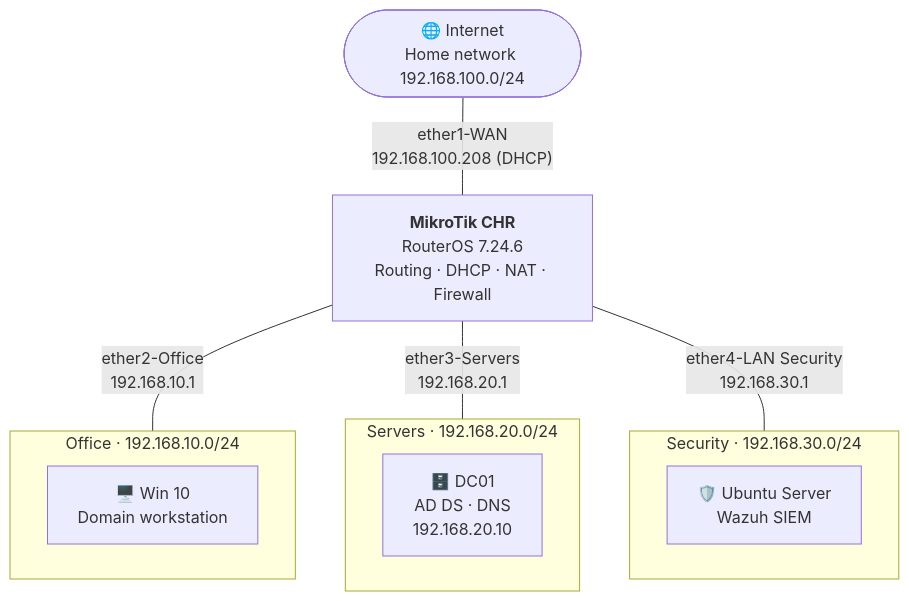
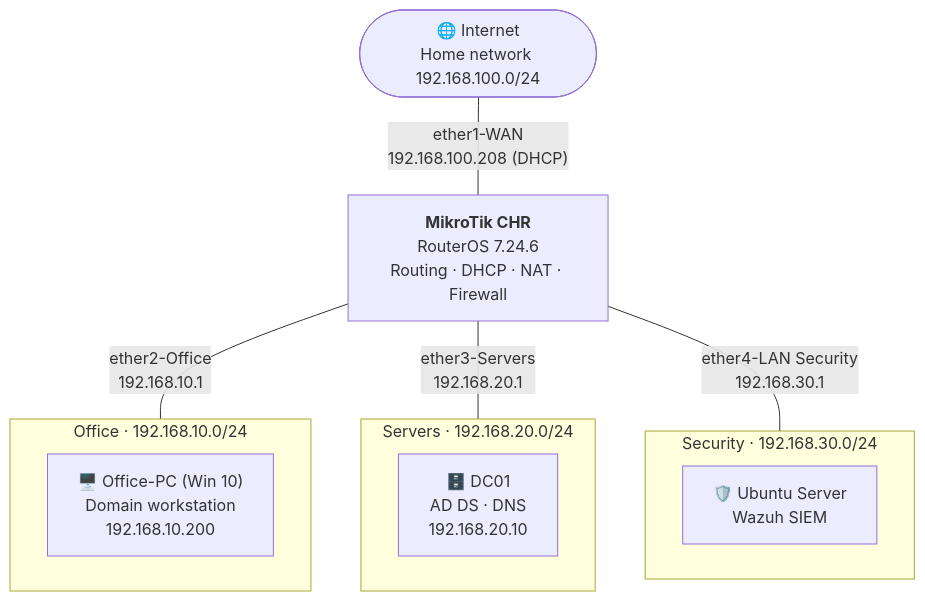
One commit to rzanaj07/Secure-Enterprise-Network changed the diagram in README.md. Above: the diagram before and after it, drawn with Mermaid. The commit also changed other lines of this file and 9 other files, not shown here.

````diff
--- a/README.md
+++ b/README.md
@@ -41,21 +41,21 @@
 ```mermaid
 flowchart TB
     INET(["🌐 Internet<br/>Home network 192.168.100.0/24"])
     RTR["<b>MikroTik CHR</b><br/>RouterOS 7.24.6<br/>Routing · DHCP · NAT · Firewall"]
 
     INET ---|"ether1-WAN<br/>192.168.100.208 (DHCP)"| RTR
 
     subgraph OFFICE["Office · 192.168.10.0/24"]
-        W10["🖥️ Win 10<br/>Domain workstation"]
+        W10["🖥️ Office-PC (Win 10)<br/>Domain workstation<br/>192.168.10.200"]
     end
     subgraph SERVERS["Servers · 192.168.20.0/24"]
         DC["🗄️ DC01<br/>AD DS · DNS<br/>192.168.20.10"]
     end
     subgraph SECURITY["Security · 192.168.30.0/24"]
         WZ["🛡️ Ubuntu Server<br/>Wazuh SIEM"]
     end
 
     RTR ---|"ether2-Office<br/>192.168.10.1"| OFFICE
     RTR ---|"ether3-Servers<br/>192.168.20.1"| SERVERS
     RTR ---|"ether4-LAN Security<br/>192.168.30.1"| SECURITY
 ```
````
